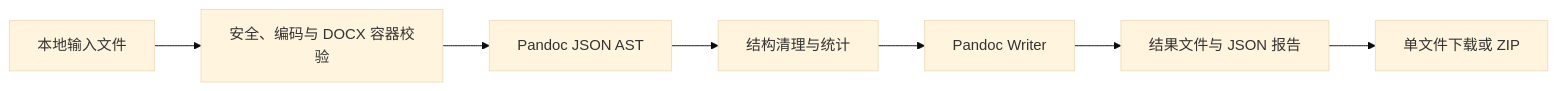
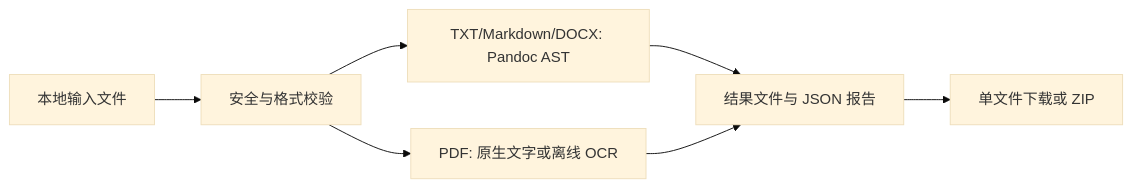
One commit to tylmcy/local-doc-converter changed the diagram in README.md. Above: the diagram before and after it, drawn with Mermaid (base theme). The commit also changed other lines of this file and 91 other files, not shown here.

Commit message:
release: publish v2.0.0 PDF to TXT

````diff
--- a/README.md
+++ b/README.md
@@ -135,9 +186,9 @@
 ```mermaid
 flowchart LR
-    A[本地输入文件] --> B[安全、编码与 DOCX 容器校验]
-    B --> C[Pandoc JSON AST]
-    C --> D[结构清理与统计]
-    D --> E[Pandoc Writer]
-    E --> F[结果文件与 JSON 报告]
+    A[本地输入文件] --> B[安全与格式校验]
+    B --> C[TXT/Markdown/DOCX: Pandoc AST]
+    B --> P[PDF: 原生文字或离线 OCR]
+    C --> F[结果文件与 JSON 报告]
+    P --> F
     F --> G[单文件下载或 ZIP]
 ```
````
